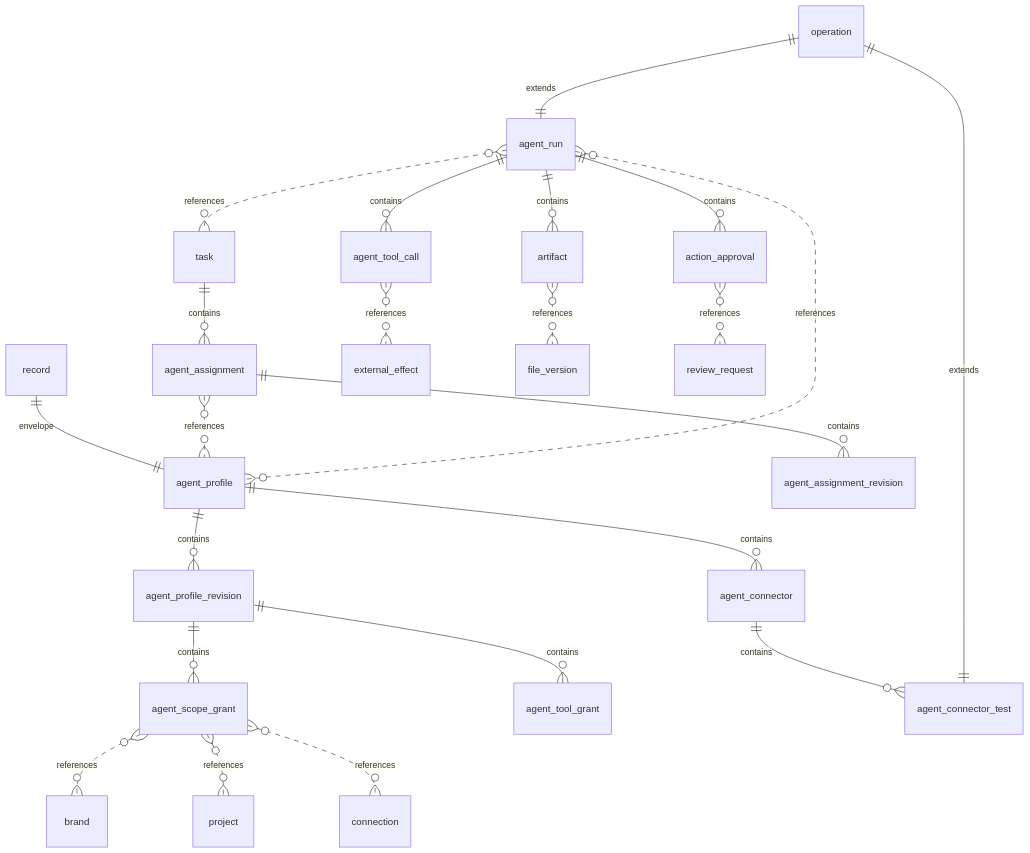
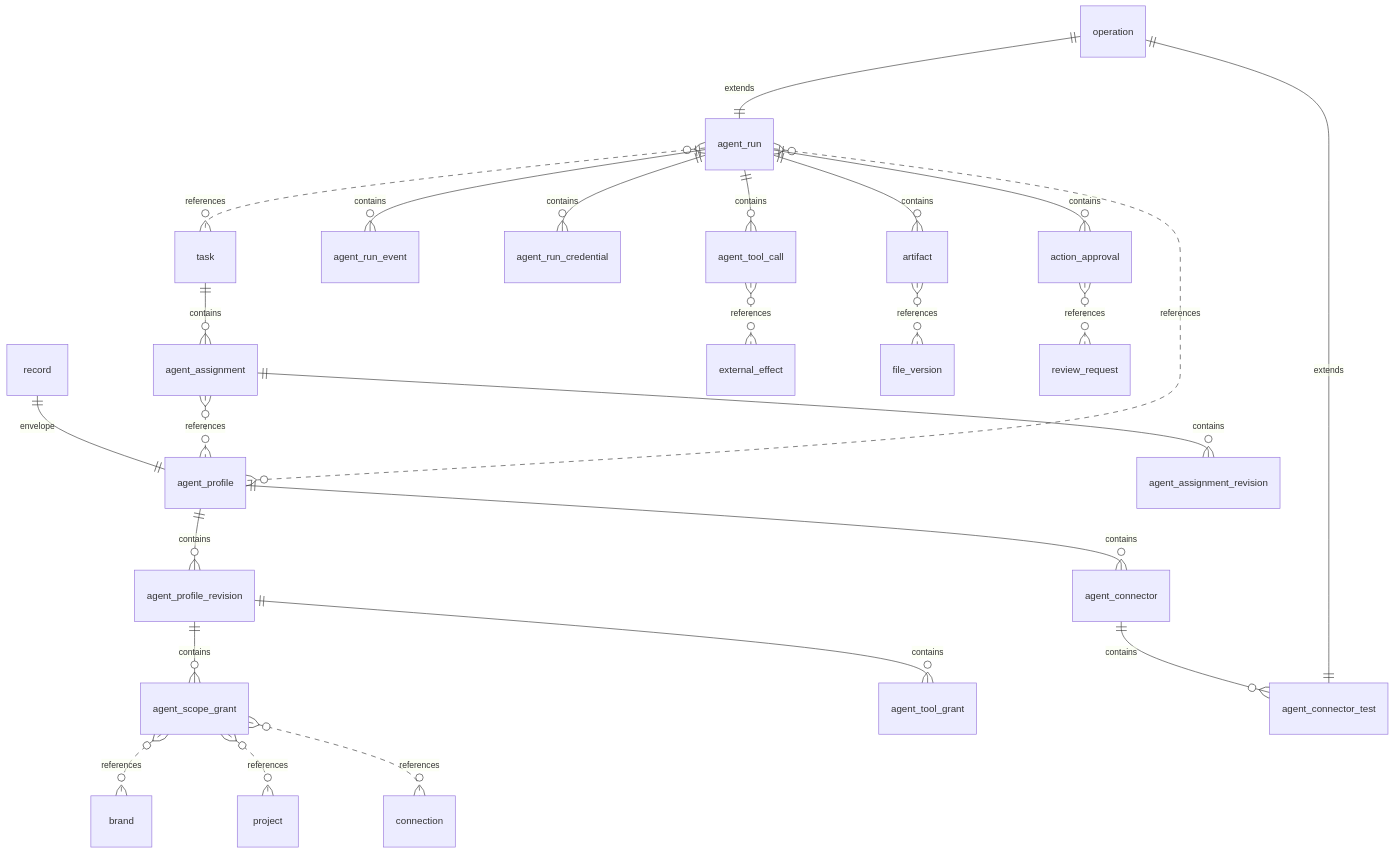
Diagram 29 of 31 in docs/architecture/data/generated/er-diagrams.md (KatrielMoses/pm), drawn with Mermaid before and after one commit. The commit also changed 64 other files, not shown here.

````diff
--- a/docs/architecture/data/generated/er-diagrams.md
+++ b/docs/architecture/data/generated/er-diagrams.md
@@ -476,25 +476,27 @@
 ```mermaid
 erDiagram
   record ||--|| agent_profile : "envelope"
   agent_profile ||--o{ agent_profile_revision : "contains"
   agent_profile_revision ||--o{ agent_scope_grant : "contains"
   agent_scope_grant }o..o{ brand : "references"
   agent_scope_grant }o..o{ project : "references"
   agent_scope_grant }o..o{ connection : "references"
   agent_profile_revision ||--o{ agent_tool_grant : "contains"
   agent_profile ||--o{ agent_connector : "contains"
   agent_connector ||--o{ agent_connector_test : "contains"
   operation ||--|| agent_connector_test : "extends"
   task ||--o{ agent_assignment : "contains"
   agent_assignment }o..o{ agent_profile : "references"
   agent_assignment ||--o{ agent_assignment_revision : "contains"
   operation ||--|| agent_run : "extends"
   agent_run }o..o{ task : "references"
   agent_run }o..o{ agent_profile : "references"
+  agent_run ||--o{ agent_run_event : "contains"
+  agent_run ||--o{ agent_run_credential : "contains"
   agent_run ||--o{ agent_tool_call : "contains"
   agent_tool_call }o..o{ external_effect : "references"
   agent_run ||--o{ artifact : "contains"
   artifact }o..o{ file_version : "references"
   agent_run ||--o{ action_approval : "contains"
   action_approval }o..o{ review_request : "references"
 ```
````
